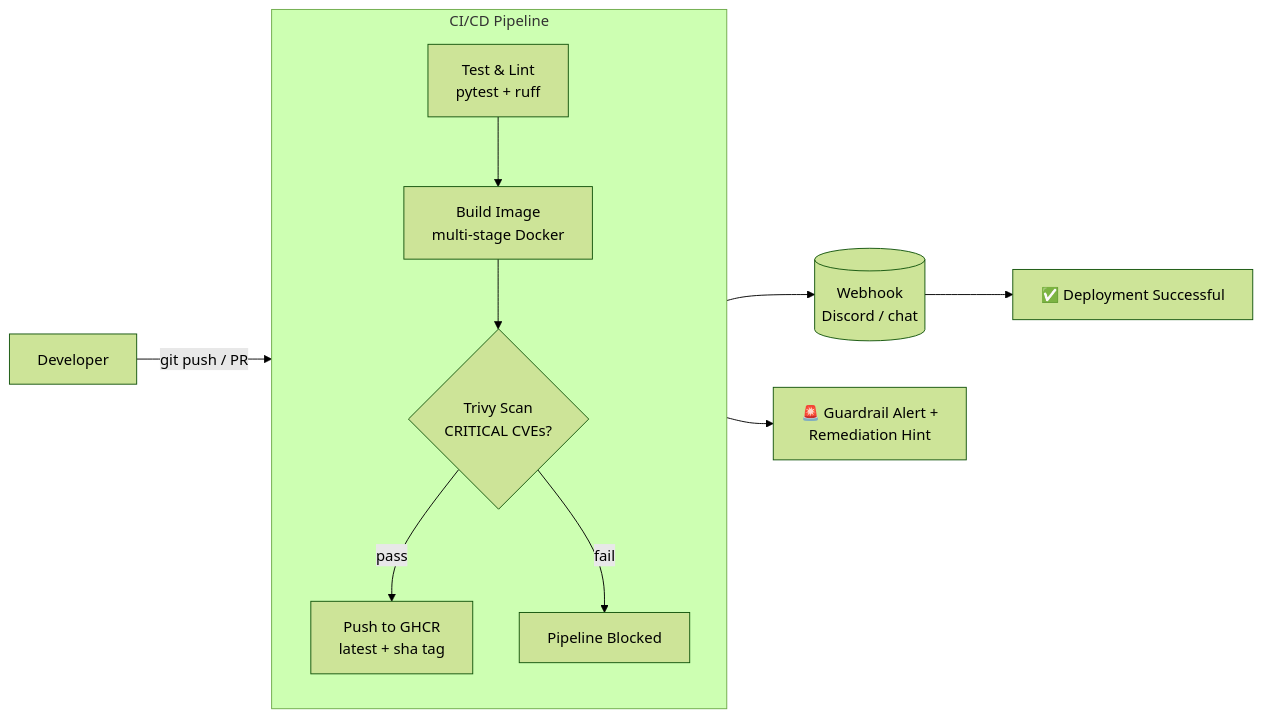
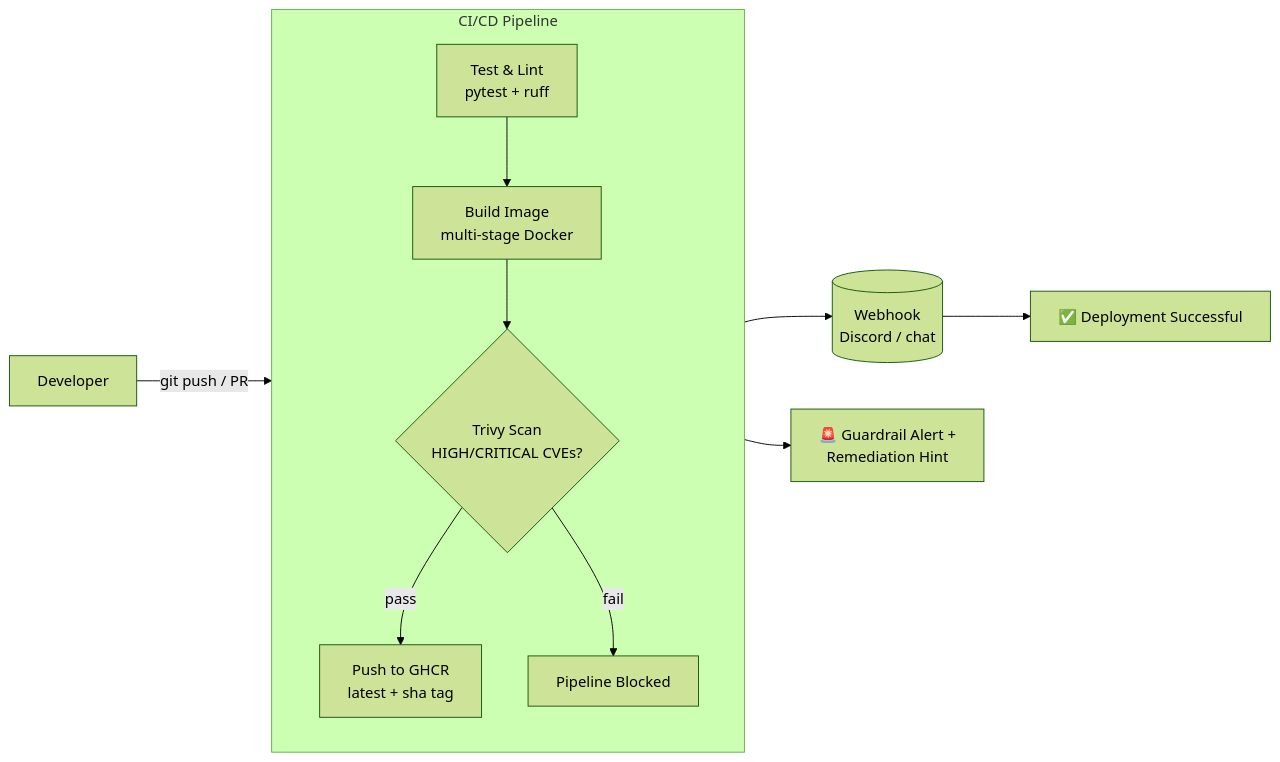
One commit to ANUJ7MADKE/chatbot-cicd-pipeline changed the diagram in README.md. Above: the diagram before and after it, drawn with Mermaid (forest theme). The commit also changed other lines of this file and 5 other files, not shown here.

First line of the commit message:
security: upgrade FastAPI/Starlette and Python 3.12, tighten Trivy gate to HIGH+CRITICAL

````diff
--- a/README.md
+++ b/README.md
@@ -7,16 +7,16 @@
 ```mermaid
 flowchart LR
     Dev[Developer] -->|git push / PR| GH[GitHub Actions]
 
     subgraph GH[CI/CD Pipeline]
         direction TB
         T[Test & Lint<br/>pytest + ruff] --> B[Build Image<br/>multi-stage Docker]
-        B --> V{Trivy Scan<br/>CRITICAL CVEs?}
+        B --> V{Trivy Scan<br/>HIGH/CRITICAL CVEs?}
         V -->|pass| P[Push to GHCR<br/>latest + sha tag]
         V -->|fail| X[Pipeline Blocked]
     end
 
     P --> W[(Webhook<br/>Discord / chat)]
     W --> N1[✅ Deployment Successful]
     X --> N2[🚨 Guardrail Alert +<br/>Remediation Hint]
 ```
````
